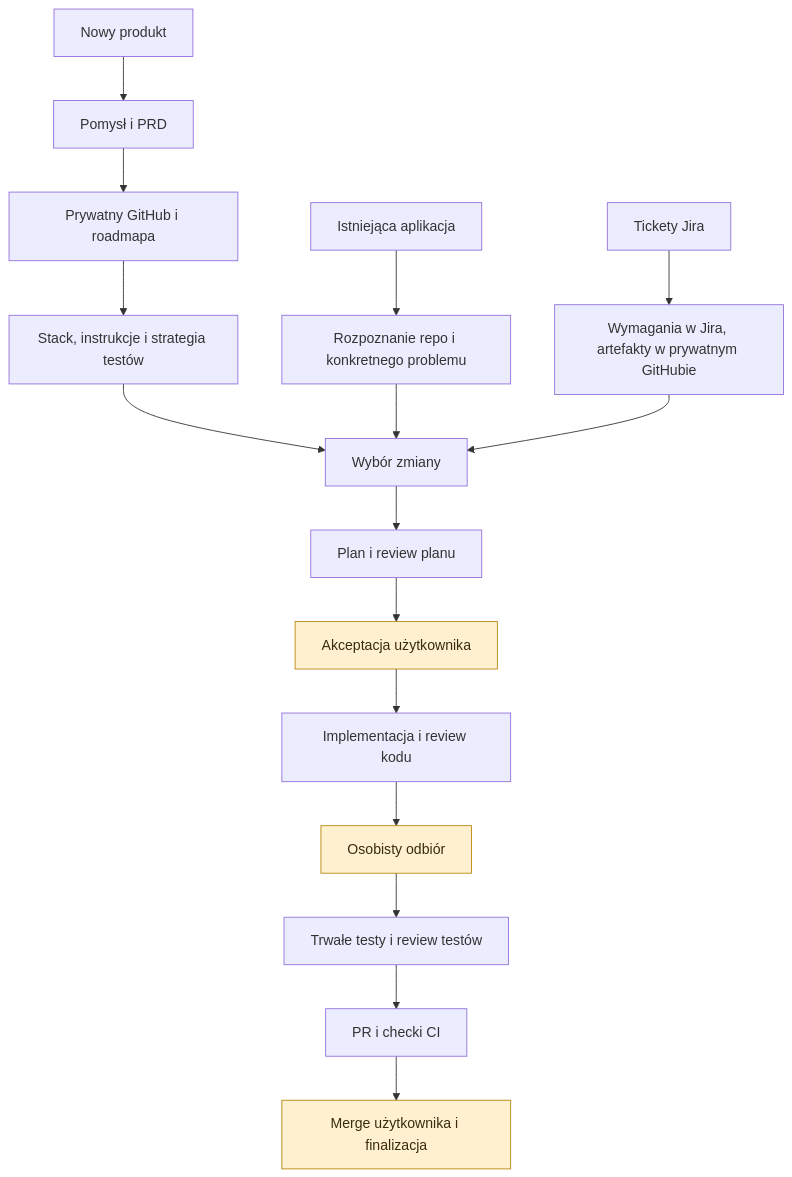
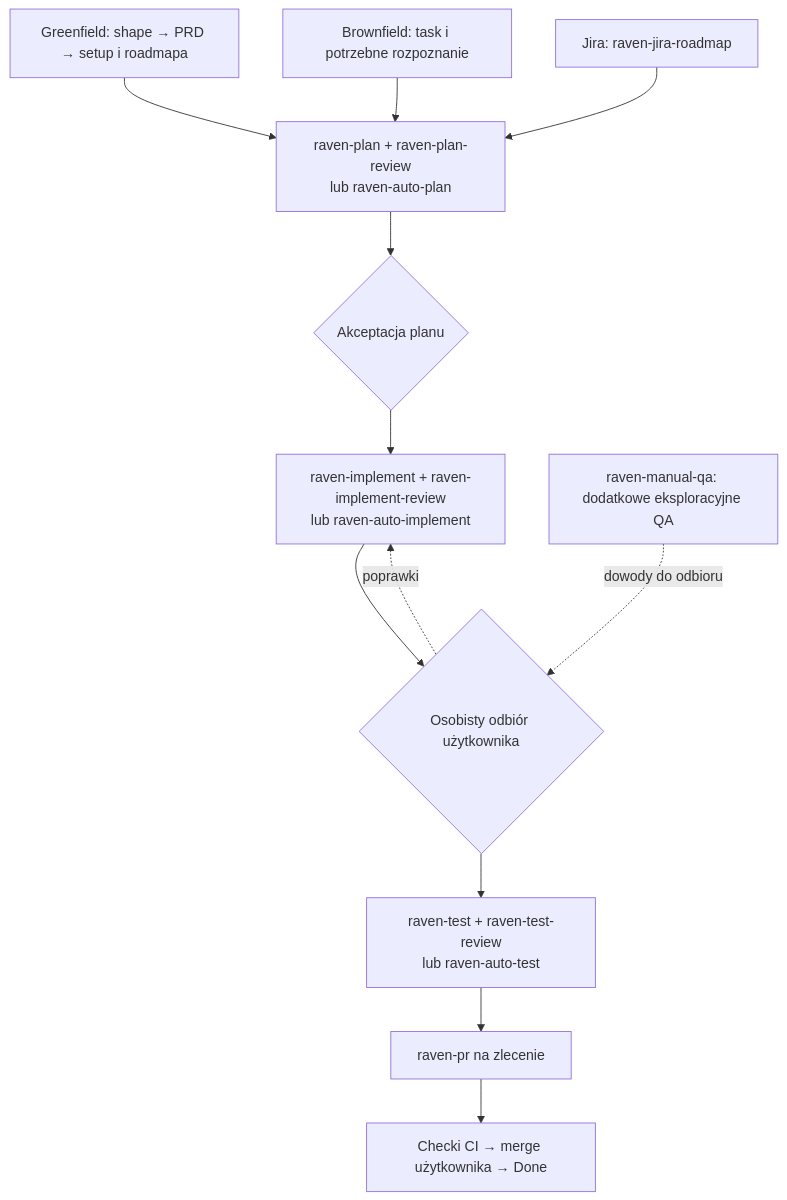
Before and after one commit to MateuszKruk1303/raven-workflow: the diagram in README.md, drawn with Mermaid. The commit also changed other lines of this file and 88 other files, not shown here.

````diff
--- a/README.md
+++ b/README.md
@@ -17,20 +70,14 @@
 ```mermaid
 flowchart TD
-    A[Nowy produkt] --> B[Pomysł i PRD]
-    B --> C[Prywatny GitHub i roadmapa]
-    C --> D[Stack, instrukcje i strategia testów]
-    E[Istniejąca aplikacja] --> F[Rozpoznanie repo i konkretnego problemu]
-    G[Tickety Jira] --> H[Wymagania w Jira, artefakty w prywatnym GitHubie]
-    D --> I[Wybór zmiany]
-    F --> I
-    H --> I
-    I --> J[Plan i review planu]
-    J --> K[Akceptacja użytkownika]
-    K --> L[Implementacja i review kodu]
-    L --> M[Osobisty odbiór]
-    M --> N[Trwałe testy i review testów]
-    N --> O[PR i checki CI]
-    O --> P[Merge użytkownika i finalizacja]
-    classDef decision fill:#fff1cf,stroke:#b8860b,color:#382b10;
-    class K,M,P decision;
+    G[Greenfield: shape → PRD → setup i roadmapa] --> P
+    B[Brownfield: task i potrzebne rozpoznanie] --> P
+    J[Jira: raven-jira-roadmap] --> P
+    P[raven-plan + raven-plan-review<br/>lub raven-auto-plan] --> A{Akceptacja planu}
+    A --> I[raven-implement + raven-implement-review<br/>lub raven-auto-implement]
+    I --> U{Osobisty odbiór użytkownika}
+    U --> T[raven-test + raven-test-review<br/>lub raven-auto-test]
+    T --> R[raven-pr na zlecenie]
+    R --> C[Checki CI → merge użytkownika → Done]
+    U -. poprawki .-> I
+    Q[raven-manual-qa: dodatkowe eksploracyjne QA] -. dowody do odbioru .-> U
 ```
````
